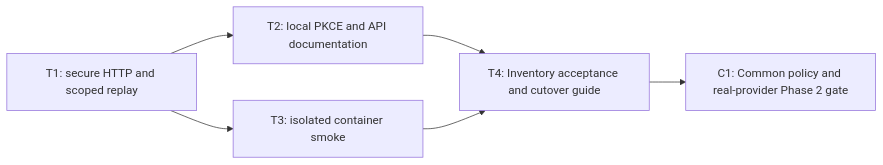
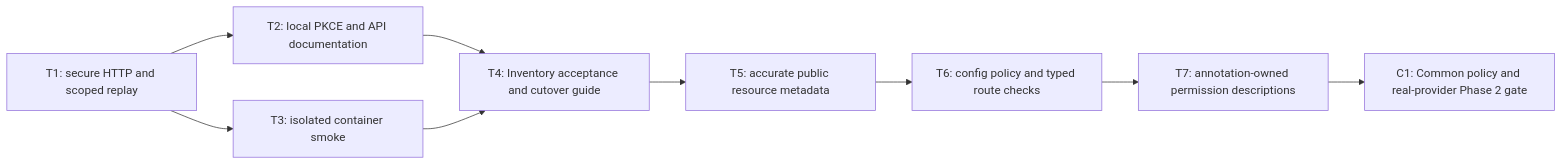
The diagram in .specs/security/tasks.md (egorvel/rent-flow-inventory), drawn with Mermaid before and after one commit. The commit also changed other lines of this file and 46 other files, not shown here.

````diff
--- a/.specs/security/tasks.md
+++ b/.specs/security/tasks.md
@@ -13,8 +17,11 @@
 ```mermaid
 flowchart LR
   T1["T1: secure HTTP and scoped replay"] --> T2["T2: local PKCE and API documentation"]
   T1 --> T3["T3: isolated container smoke"]
   T2 --> T4["T4: Inventory acceptance and cutover guide"]
   T3 --> T4
-  T4 --> C1["C1: Common policy and real-provider Phase 2 gate"]
+  T4 --> T5["T5: accurate public resource metadata"]
+  T5 --> T6["T6: config policy and typed route checks"]
+  T6 --> T7["T7: annotation-owned permission descriptions"]
+  T7 --> C1["C1: Common policy and real-provider Phase 2 gate"]
 ```
````
